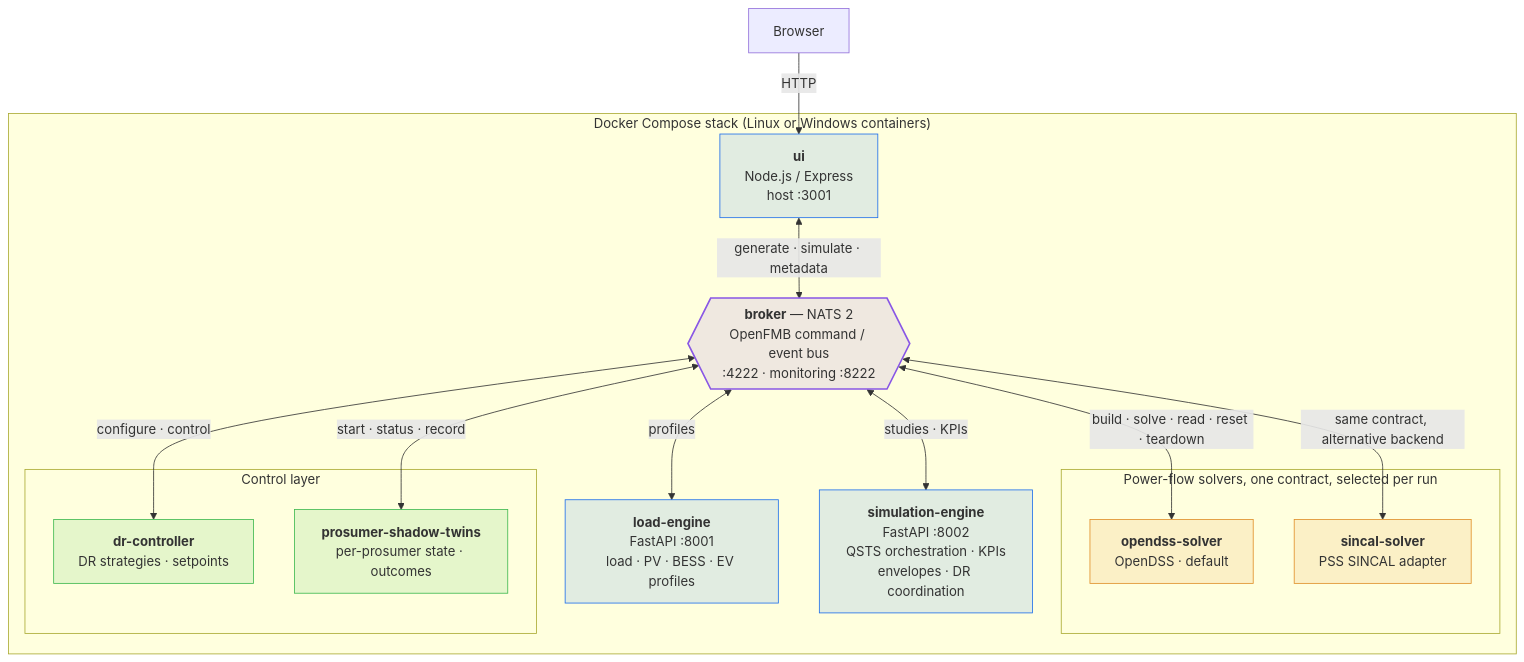
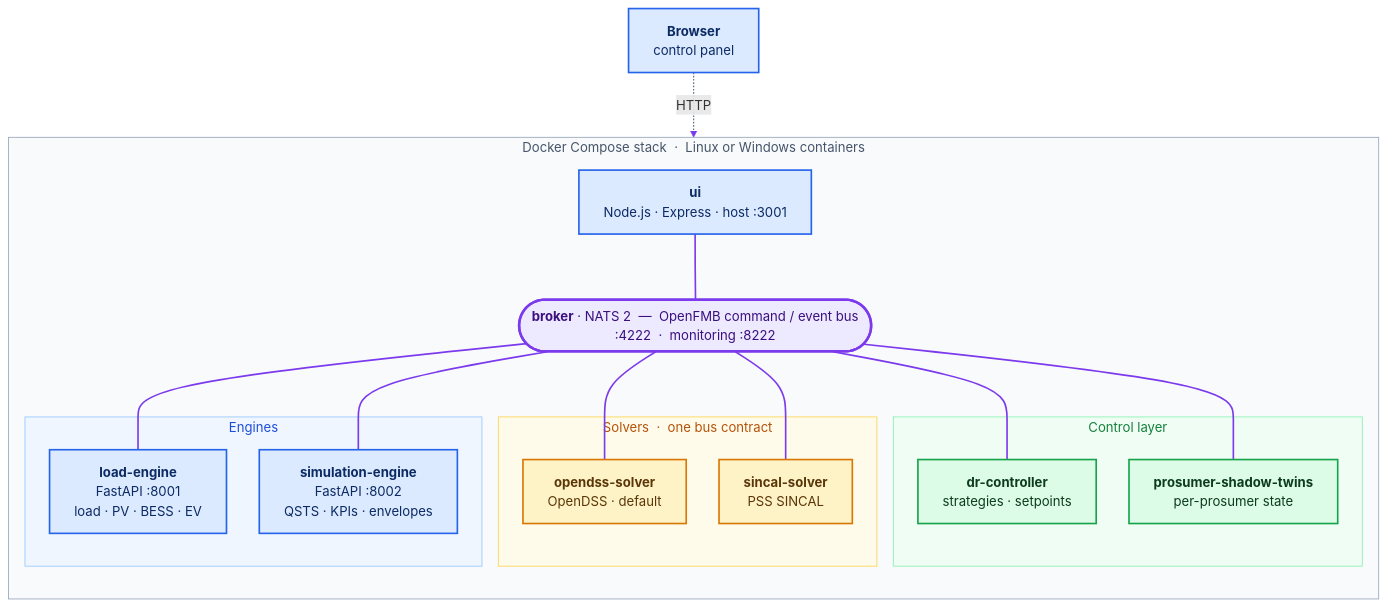
One commit to YASHII-X46/Containerised-Digital-Twin-Platform-for-Evaluating-Network-Impacts-of-DER-Integration changed the first of 2 diagrams in README.md. Above: the diagram before and after it, drawn with Mermaid. The commit also changed other lines of this file, not shown here.

Commit message:
Redraw README Mermaid diagrams and correct the 4777.2 ordering

````diff
--- a/README.md
+++ b/README.md
@@ -88,41 +88,52 @@
 ```mermaid
+%%{init: {"flowchart": {"curve": "basis", "wrappingWidth": 420, "nodeSpacing": 40, "rankSpacing": 55}} }%%
 flowchart TB
-    B["Browser"]
+    B["<b>Browser</b><br/>control panel"]
 
-    subgraph stack["Docker Compose stack (Linux or Windows containers)"]
-        UI["<b>ui</b><br/>Node.js / Express<br/>host :3001"]
+    subgraph stack["Docker Compose stack &nbsp;·&nbsp; Linux or Windows containers"]
+        direction TB
+        UI["<b>ui</b><br/>Node.js · Express · host :3001"]
+        BUS(["<b>broker</b> · NATS 2 &nbsp;—&nbsp; OpenFMB command / event bus<br/>:4222 &nbsp;·&nbsp; monitoring :8222"])
 
-        NATS{{"<b>broker</b> — NATS 2<br/>OpenFMB command / event bus<br/>:4222 · monitoring :8222"}}
-
-        LE["<b>load-engine</b><br/>FastAPI :8001<br/>load · PV · BESS · EV profiles"]
-        SE["<b>simulation-engine</b><br/>FastAPI :8002<br/>QSTS orchestration · KPIs<br/>envelopes · DR coordination"]
-
-        subgraph solvers["Power-flow solvers, one contract, selected per run"]
-            DSS["<b>opendss-solver</b><br/>OpenDSS · default"]
-            SIN["<b>sincal-solver</b><br/>PSS SINCAL adapter"]
+        subgraph control["Control layer"]
+            DR["<b>dr-controller</b><br/>strategies · setpoints"]
+            TW["<b>prosumer-shadow-twins</b><br/>per-prosumer state"]
         end
 
-        subgraph control["Control layer"]
-            DR["<b>dr-controller</b><br/>DR strategies · setpoints"]
-            TW["<b>prosumer-shadow-twins</b><br/>per-prosumer state · outcomes"]
+        subgraph solvers["Solvers &nbsp;·&nbsp; one bus contract"]
+            DSS["<b>opendss-solver</b><br/>OpenDSS · default"]
+            SIN["<b>sincal-solver</b><br/>PSS SINCAL"]
+        end
+
+        subgraph engines["Engines"]
+            LE["<b>load-engine</b><br/>FastAPI :8001<br/>load · PV · BESS · EV"]
+            SE["<b>simulation-engine</b><br/>FastAPI :8002<br/>QSTS · KPIs · envelopes"]
         end
     end
 
-    B -- "HTTP" --> UI
-    UI <-- "generate · simulate · metadata" --> NATS
-    NATS <-- "profiles" --> LE
-    NATS <-- "studies · KPIs" --> SE
-    NATS <-- "build · solve · read · reset · teardown" --> DSS
-    NATS <-- "same contract, alternative backend" --> SIN
-    NATS <-- "configure · control" --> DR
-    NATS <-- "start · status · record" --> TW
+    B -. "HTTP" .-> UI
+    UI === BUS
+    BUS === LE
+    BUS === SE
+    BUS === DSS
+    BUS === SIN
+    BUS === DR
+    BUS === TW
 
-    classDef engine fill:#1f6feb22,stroke:#1f6feb,stroke-width:1px
-    classDef solver fill:#e0902a22,stroke:#e0902a,stroke-width:1px
-    classDef ctrl fill:#3fb95022,stroke:#3fb950,stroke-width:1px
-    classDef busnode fill:#8957e522,stroke:#8957e5,stroke-width:2px
-    class LE,SE,UI engine
+    classDef edge fill:#dbeafe,stroke:#2563eb,stroke-width:2px,color:#0c2a63
+    classDef solver fill:#fef3c7,stroke:#d97706,stroke-width:2px,color:#5b3608
+    classDef ctrl fill:#dcfce7,stroke:#16a34a,stroke-width:2px,color:#0d3b1e
+    classDef busnode fill:#ede9fe,stroke:#7c3aed,stroke-width:3px,color:#3b1080
+    class B,UI,LE,SE edge
     class DSS,SIN solver
     class DR,TW ctrl
-    class NATS busnode
+    class BUS busnode
+
+    style stack fill:#f8fafc,stroke:#94a3b8,stroke-width:1px,color:#475569
+    style engines fill:#eff6ff,stroke:#93c5fd,stroke-width:1px,color:#1d4ed8
+    style solvers fill:#fffbeb,stroke:#fcd34d,stroke-width:1px,color:#b45309
+    style control fill:#f0fdf4,stroke:#86efac,stroke-width:1px,color:#15803d
+
+    linkStyle default stroke:#7c3aed,stroke-width:2px
+    linkStyle 0 stroke:#64748b,stroke-width:1.5px
 ```
````
